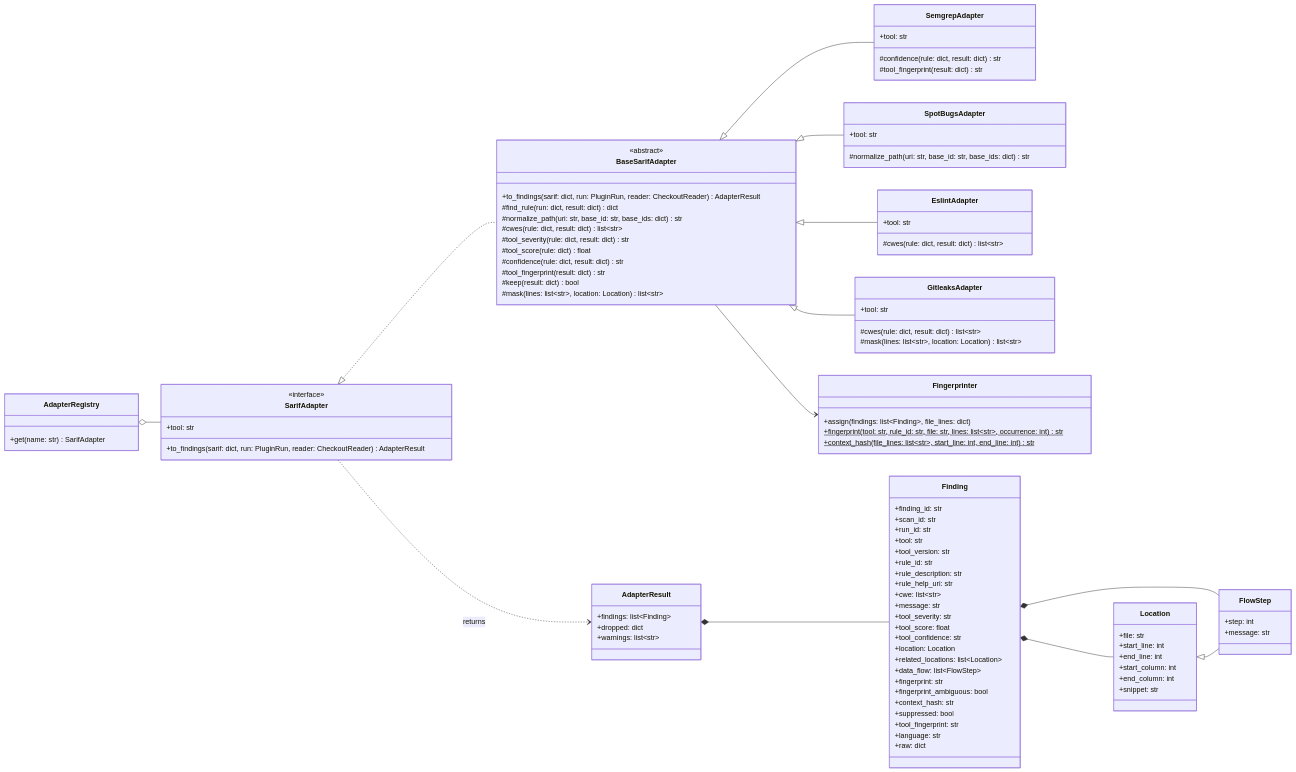
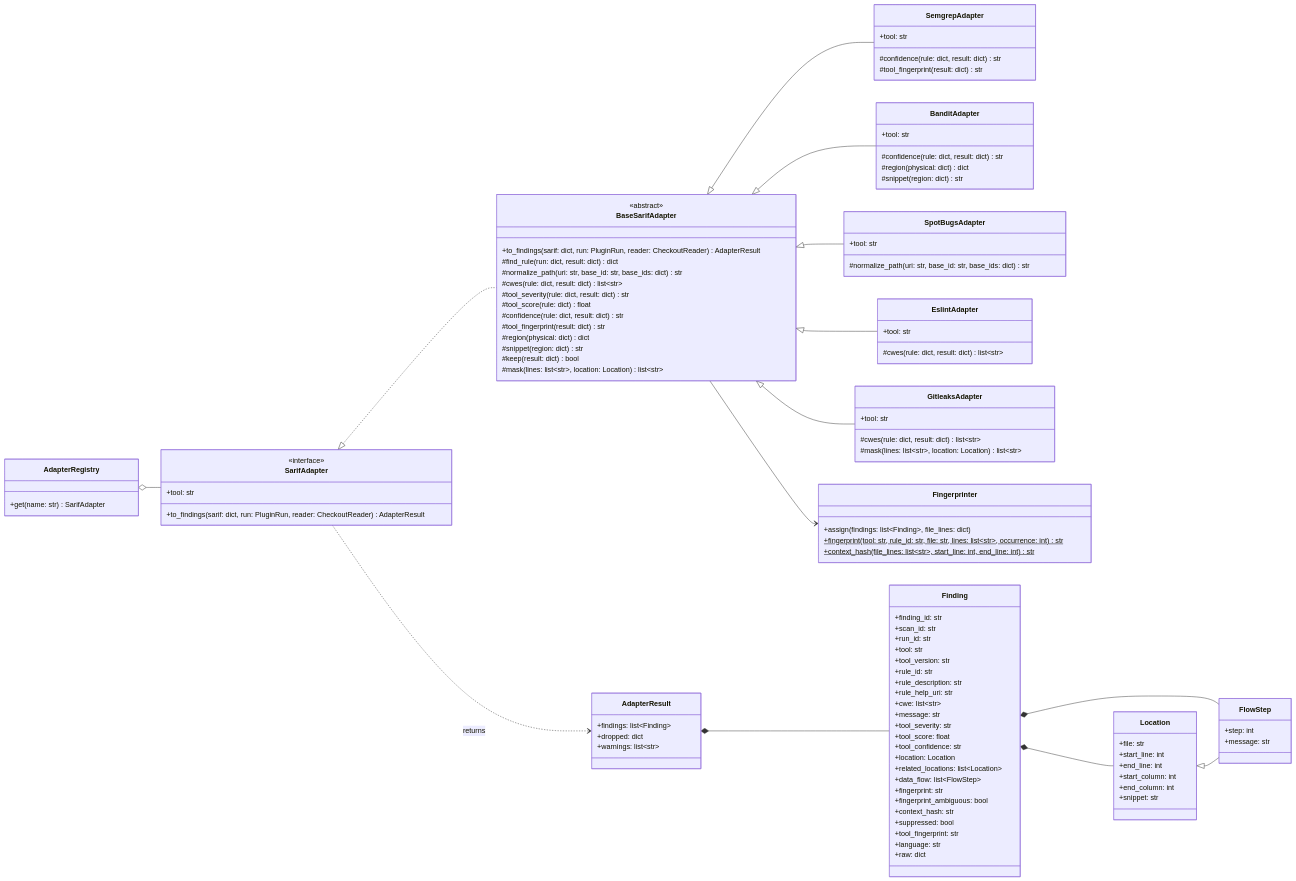
The second of 5 diagrams in docs/class-diagrams.md (sieve-ku-comp491/sieve), drawn with Mermaid before and after one commit. The commit also changed other lines of this file and 14 other files, not shown here.

Commit message:
feat(adapters): add the bandit plug-in and adapter (#66)

```diff
--- a/docs/class-diagrams.md
+++ b/docs/class-diagrams.md
@@ -191,6 +191,8 @@
     #tool_score(rule: dict) float
     #confidence(rule: dict, result: dict) str
     #tool_fingerprint(result: dict) str
+    #region(physical: dict) dict
+    #snippet(region: dict) str
     #keep(result: dict) bool
     #mask(lines: list~str~, location: Location) list~str~
   }
@@ -198,6 +200,12 @@
     +tool: str
     #confidence(rule: dict, result: dict) str
     #tool_fingerprint(result: dict) str
+  }
+  class BanditAdapter {
+    +tool: str
+    #confidence(rule: dict, result: dict) str
+    #region(physical: dict) dict
+    #snippet(region: dict) str
   }
   class SpotBugsAdapter {
     +tool: str
@@ -265,6 +273,7 @@
 
   SarifAdapter <|.. BaseSarifAdapter
   BaseSarifAdapter <|-- SemgrepAdapter
+  BaseSarifAdapter <|-- BanditAdapter
   BaseSarifAdapter <|-- SpotBugsAdapter
   BaseSarifAdapter <|-- EslintAdapter
   BaseSarifAdapter <|-- GitleaksAdapter
```
